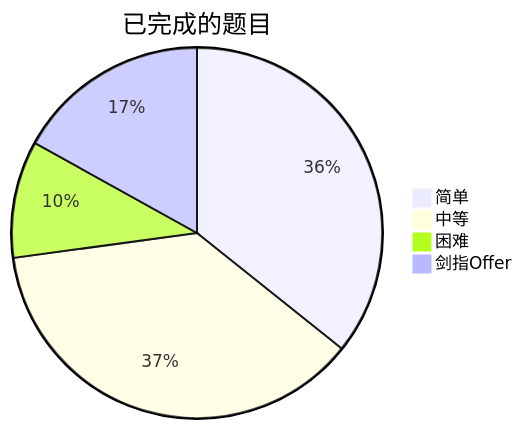
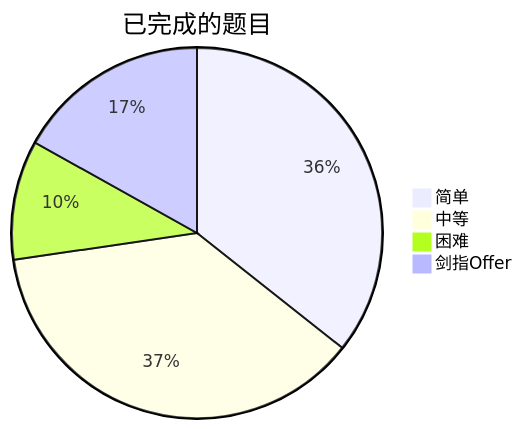
The diagram in README.md (kaisa911/LeetCode), drawn with Mermaid before and after one commit. The commit also changed other lines of this file, not shown here.

````diff
--- a/README.md
+++ b/README.md
@@ -9,7 +9,7 @@
 ```mermaid
 pie title 已完成的题目
     "简单" : 154
     "中等" : 160
-    "困难" : 44
+    "困难" : 45
     "剑指Offer" : 73
 ```
````
